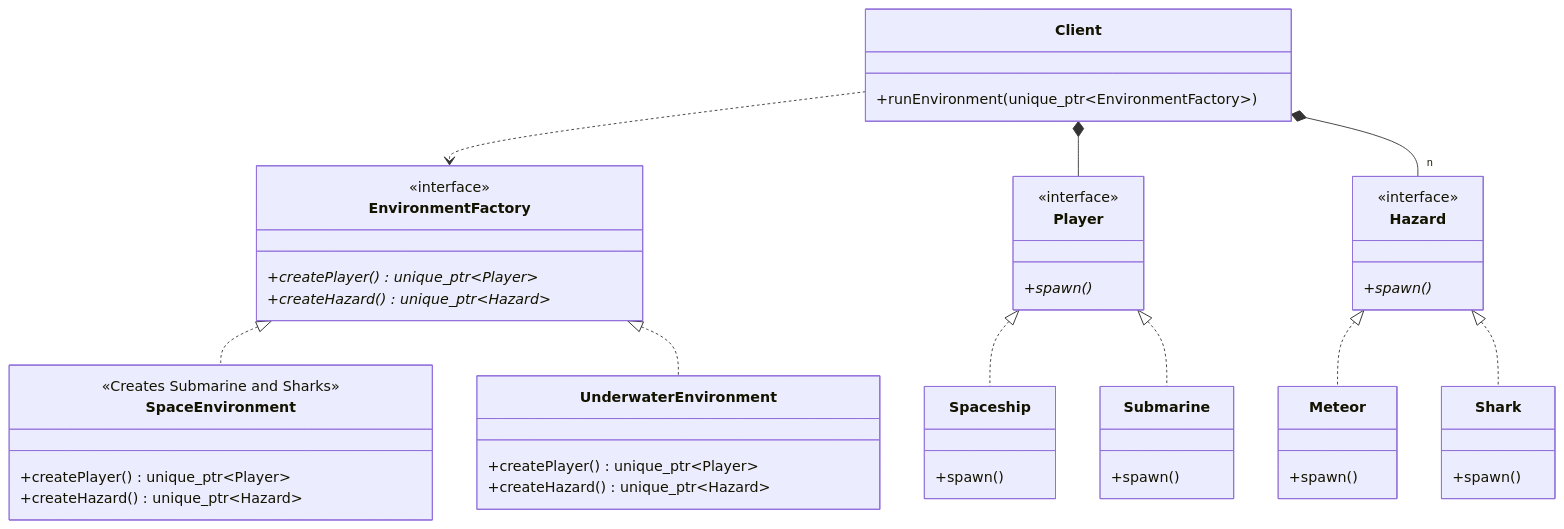
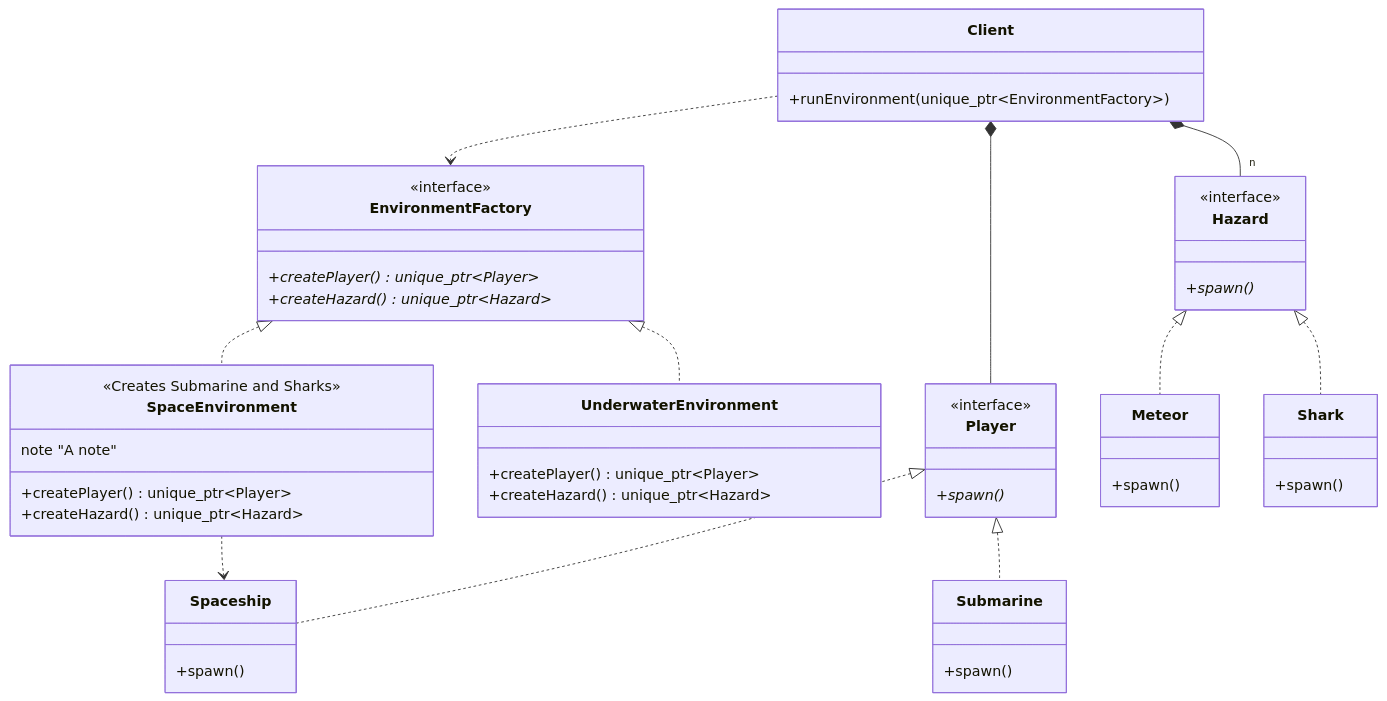
The diagram in 03_AbstractFactoryMethod/README.md (Cichlidfishexigency721/Modern-CPP-Design-Patterns), drawn with Mermaid before and after one commit. The commit also changed 1 other file, not shown here.

Commit message:
UML improvement

````diff
--- a/03_AbstractFactoryMethod/README.md
+++ b/03_AbstractFactoryMethod/README.md
@@ -46,58 +46,59 @@
 ```mermaid
 classDiagram
     class Player {
         <<interface>>
         +spawn()*
     }
     class Hazard {
         <<interface>>
         +spawn()*
     }
 
     class Spaceship { +spawn() }
     class Meteor { +spawn() }
     class Submarine { +spawn() }
     class Shark { +spawn() }
 
     class EnvironmentFactory {
         <<interface>>
         +createPlayer()* unique_ptr~Player~
         +createHazard()* unique_ptr~Hazard~
     }
 
     class SpaceEnvironment {
         <<Creates Submarine and Sharks>>
+        note "A note"
         +createPlayer() unique_ptr~Player~
         +createHazard() unique_ptr~Hazard~
     }
 
     class UnderwaterEnvironment {
         +createPlayer() unique_ptr~Player~
         +createHazard() unique_ptr~Hazard~
     }
 
     class Client {
         +runEnvironment(unique_ptr~EnvironmentFactory~)
     }
 
     %% Inheritance Relationships
     Player <|.. Spaceship
     Player <|.. Submarine
     Hazard <|.. Meteor
     Hazard <|.. Shark
 
     EnvironmentFactory <|.. SpaceEnvironment
     EnvironmentFactory <|.. UnderwaterEnvironment
 
+    %% Client interacting with abstractions
+    Client ..> EnvironmentFactory
+    Client *-- Player
+    Client *-- "n" Hazard
+
     %% Creation Dependencies (The Families)
-    %%SpaceEnvironment ..> Spaceship
+    SpaceEnvironment ..> Spaceship
     %%SpaceEnvironment ..> Meteor
     
     %%UnderwaterEnvironment ..> Submarine
     %%UnderwaterEnvironment ..> Shark
-
-    %% Client interacting with abstractions
-    Client ..> EnvironmentFactory
-    Client *-- Player
-    Client *-- "n" Hazard
 ```
````
